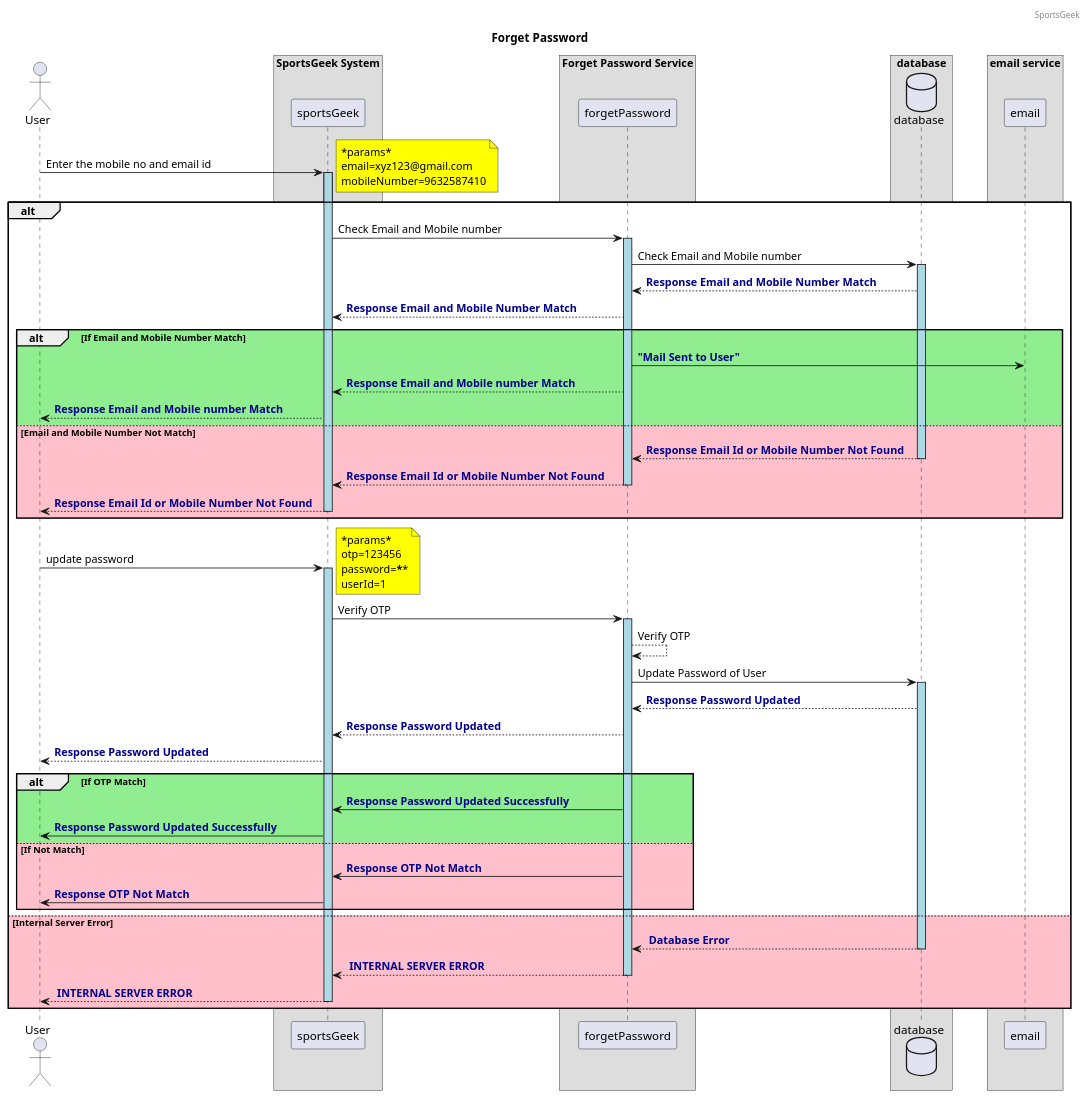
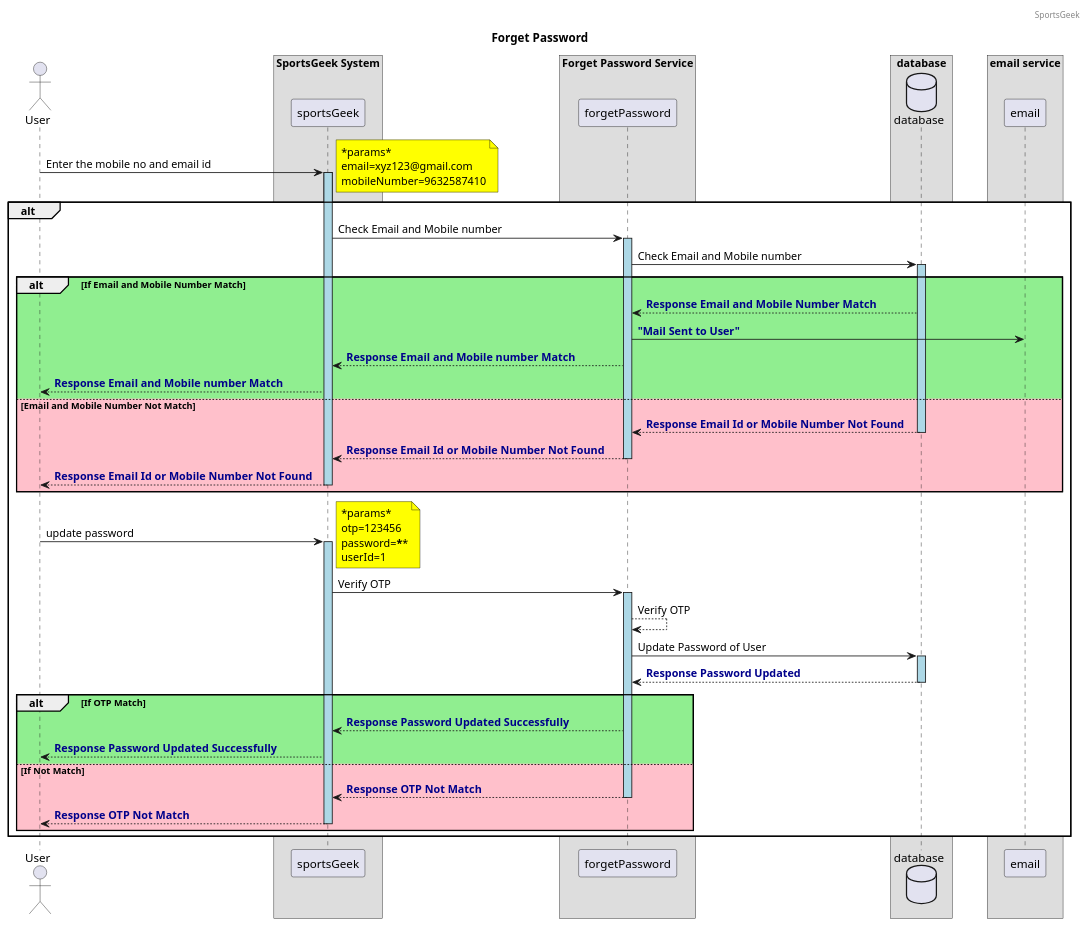
Before and after one commit to suraj903/sportsgeek_backend-1: the diagram in src/doc/sequenceDiagram/forgetPassword.puml, drawn with PlantUML. The commit also changed 19 other files, not shown here.

Commit message:
Sequence Diagram implementation --sajesh

```diff
--- a/src/doc/sequenceDiagram/forgetPassword.puml
+++ b/src/doc/sequenceDiagram/forgetPassword.puml
@@ -1,78 +1,71 @@
 @startuml
 header SportsGeek
 title Forget Password
 skinparam ParticipantPadding 10
 skinparam BoxPadding 20
 actor User
 box "SportsGeek System"
  participant sportsGeek
 end box
 box "Forget Password Service"
  participant forgetPassword
 end box
 box "database"
     database database
 end box
 box "email service"
     participant email
 end box
 User -> sportsGeek: Enter the mobile no and email id
 activate sportsGeek #lightblue
 alt #white
 note right #yellow
     *params*
     email=xyz123@gmail.com
     mobileNumber=9632587410
     end note
     sportsGeek -> "forgetPassword" : Check Email and Mobile number
 activate "forgetPassword" #lightblue
     forgetPassword -> "database" : Check Email and Mobile number
     activate "database" #lightblue
-    "database" --> "forgetPassword" : <font color=darkblue><b>Response Email and Mobile Number Match
-    "forgetPassword" --> "sportsGeek" : <font color=darkblue><b>Response Email and Mobile Number Match
 alt #lightgreen If Email and Mobile Number Match
+"database" --> "forgetPassword" : <font color=darkblue><b>Response Email and Mobile Number Match
 "forgetPassword" -> email : <font color=darkblue><b>"Mail Sent to User"
 "forgetPassword" --> "sportsGeek" : <font color=darkblue><b>Response Email and Mobile number Match
 "sportsGeek" --> User : <font color=darkblue><b>Response Email and Mobile number Match
 else #pink Email and Mobile Number Not Match
 "database" --> "forgetPassword" : <font color=darkblue><b>Response Email Id or Mobile Number Not Found
 deactivate "database"
 "forgetPassword" --> "sportsGeek" : <font color=darkblue><b>Response Email Id or Mobile Number Not Found
 deactivate "forgetPassword"
 "sportsGeek" --> User : <font color=darkblue><b>Response Email Id or Mobile Number Not Found
 deactivate "sportsGeek"
 end alt
 
 
 User -> "sportsGeek": update password
 activate sportsGeek #lightblue
 note right #yellow
     *params*
     otp=123456
     password=******
     userId=1
     end note
     "sportsGeek" -> "forgetPassword" : Verify OTP
     activate "forgetPassword" #lightblue
     "forgetPassword" --> "forgetPassword" : Verify OTP
      forgetPassword -> "database" : Update Password of User
      activate "database" #lightblue
      "database" --> "forgetPassword" : <font color=darkblue><b>Response Password Updated
-     "forgetPassword" --> "sportsGeek" : <font color=darkblue><b>Response Password Updated
-     "sportsGeek" --> User : <font color=darkblue><b>Response Password Updated
+     deactivate "database"
 alt #lightgreen If OTP Match
-"forgetPassword" -> "sportsGeek" : <font color=darkblue><b>Response Password Updated Successfully
-    "sportsGeek" -> User : <font color=darkblue><b>Response Password Updated Successfully
+"forgetPassword" --> "sportsGeek" : <font color=darkblue><b>Response Password Updated Successfully
+    "sportsGeek" --> User : <font color=darkblue><b>Response Password Updated Successfully
 else #pink If Not Match
-"forgetPassword" -> "sportsGeek" : <font color=darkblue><b>Response OTP Not Match
-"sportsGeek" -> User : <font color=darkblue><b>Response OTP Not Match
-end alt
-else #pink Internal Server Error
-"database" --> "forgetPassword" : <font color=darkblue><b> Database Error
-deactivate "database"
-"forgetPassword" --> "sportsGeek" : <font color=darkblue><b> INTERNAL SERVER ERROR
+"forgetPassword" --> "sportsGeek" : <font color=darkblue><b>Response OTP Not Match
 deactivate "forgetPassword"
-"sportsGeek" --> User : <font color=darkblue><b> INTERNAL SERVER ERROR
+"sportsGeek" --> User : <font color=darkblue><b>Response OTP Not Match
 deactivate "sportsGeek"
 end alt
+end alt
 @enduml
```
